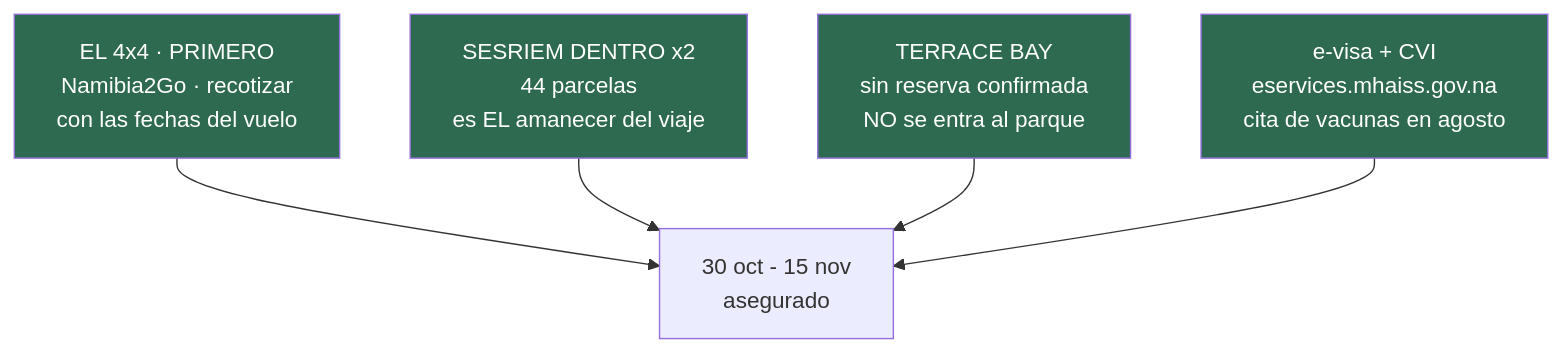
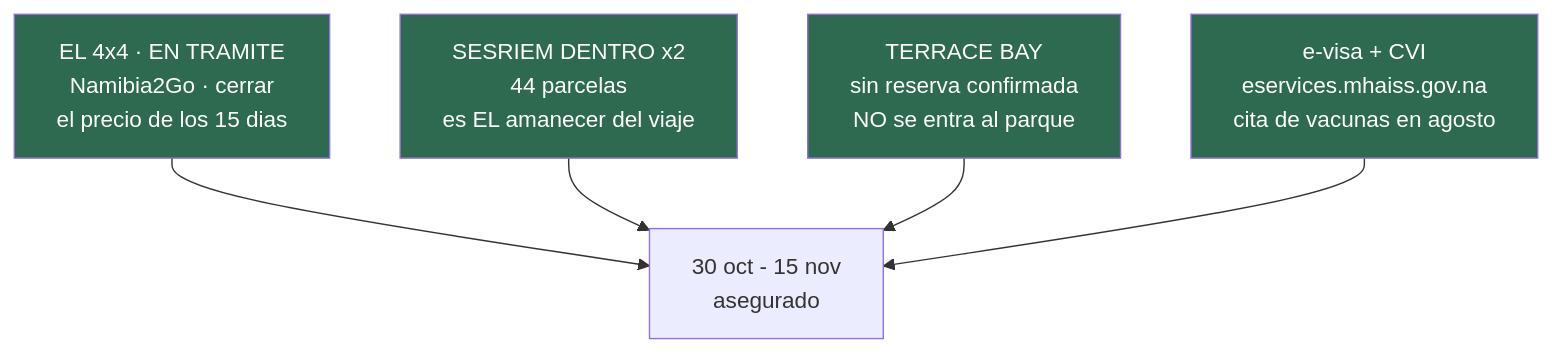
One commit to morandeirachema/namibia changed the fourth of 6 diagrams in README.md. Above: the diagram before and after it, drawn with Mermaid. The commit also changed other lines of this file and 7 other files, not shown here.

````diff
--- a/README.md
+++ b/README.md
@@ -386,15 +393,15 @@
 ```mermaid
 flowchart TD
-    A["EL 4x4 · PRIMERO<br/>Namibia2Go · recotizar<br/>con las fechas del vuelo"]
+    A["EL 4x4 · EN TRAMITE<br/>Namibia2Go · cerrar<br/>el precio de los 15 dias"]
     B["SESRIEM DENTRO x2<br/>44 parcelas<br/>es EL amanecer del viaje"]
     C["TERRACE BAY<br/>sin reserva confirmada<br/>NO se entra al parque"]
     D["e-visa + CVI<br/>eservices.mhaiss.gov.na<br/>cita de vacunas en agosto"]
     A --> E["30 oct - 15 nov<br/>asegurado"]
     B --> E
     C --> E
     D --> E
     style A fill:#2d6a4f,color:#fff
     style B fill:#2d6a4f,color:#fff
     style C fill:#2d6a4f,color:#fff
     style D fill:#2d6a4f,color:#fff
 ```
````
